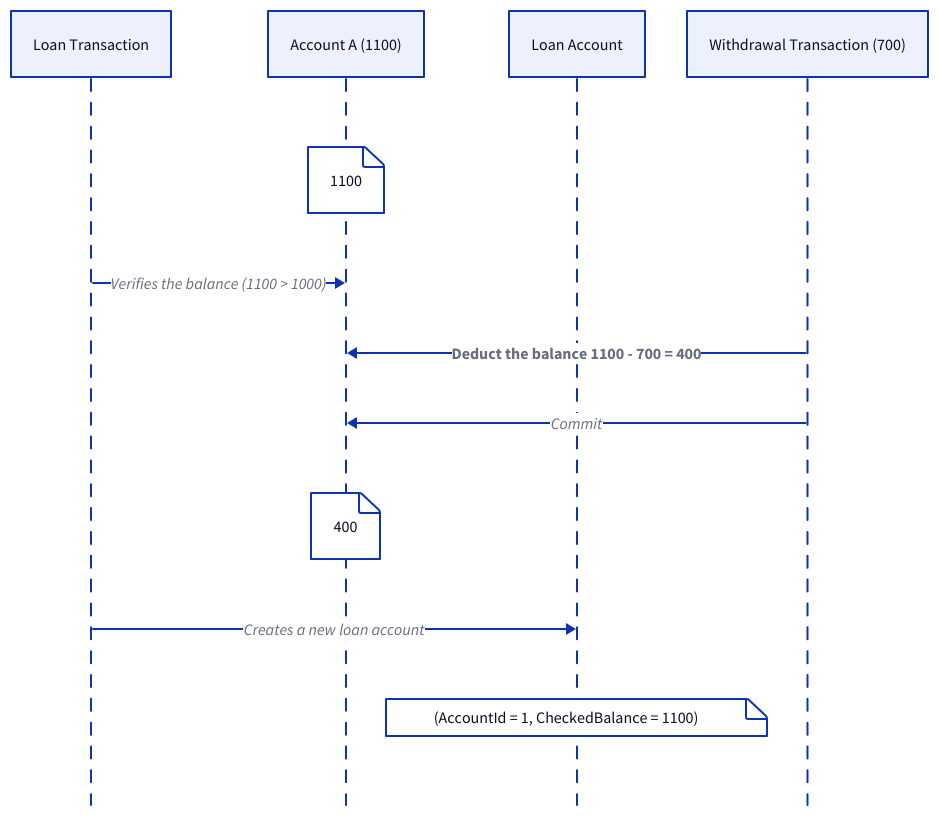
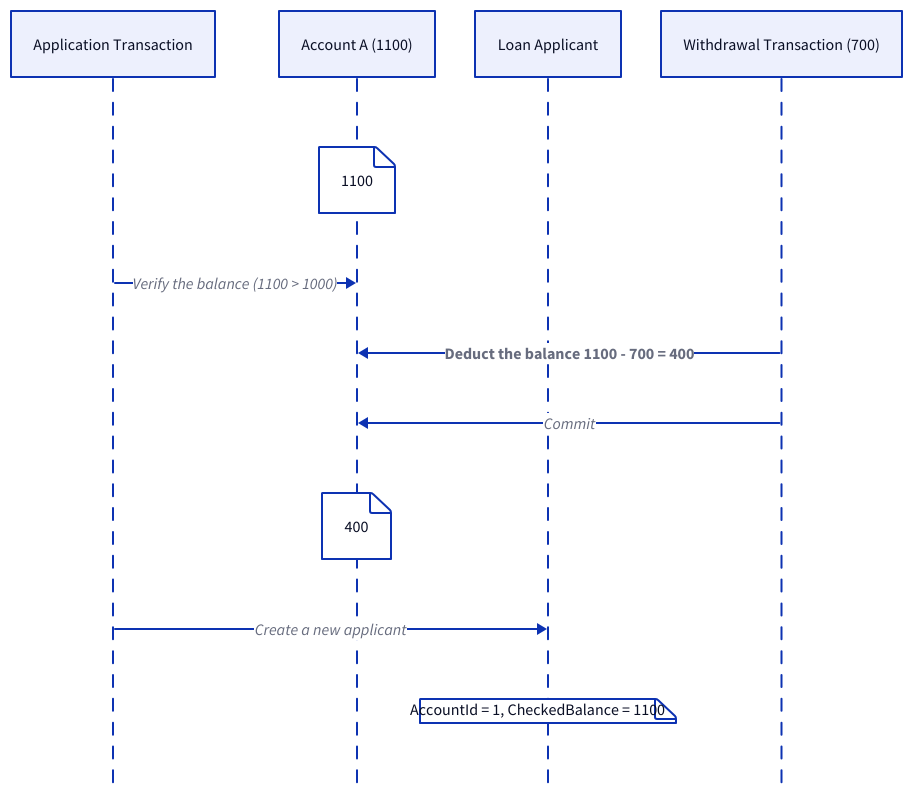
Before and after one commit to link1905/system-design-101: diagram 17 of 23 in content/data-persistence/sql-database/concurrency-control.md, drawn with D2. The commit also changed other lines of this file and 13 other files, not shown here.

````diff
--- a/content/data-persistence/sql-database/concurrency-control.md
+++ b/content/data-persistence/sql-database/concurrency-control.md
@@ -772,26 +699,26 @@
 ```d2
 shape: sequence_diagram
-t: Loan Transaction
+t: Application Transaction
 a: "Account A (1100)"
-l: Loan Account
+l: Loan Applicant
 t1: "Withdrawal Transaction (700)"
 a {
   "1100"
 }
-t -> a: "Verifies the balance (1100 > 1000)"
+t -> a: "Verify the balance (1100 > 1000)"
 t1 -> a: "Deduct the balance 1100 - 700 = 400" {
   style.bold: true
 }
 t1 -> a: Commit
 a {
   "400"
 }
-t -> l: Creates a new loan account {
+t -> l: Create a new applicant {
   class: error-conn
 }
 l {
-  c: |||yaml
-  (AccountId = 1, CheckedBalance = 1100)
+  c: |||
+  AccountId = 1, CheckedBalance = 1100
   |||
 }
 ```
````
